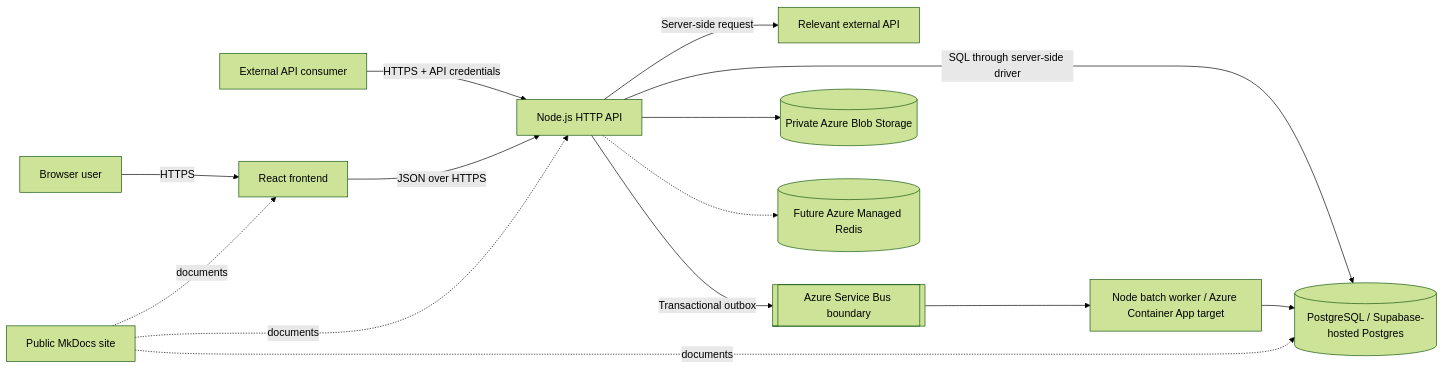
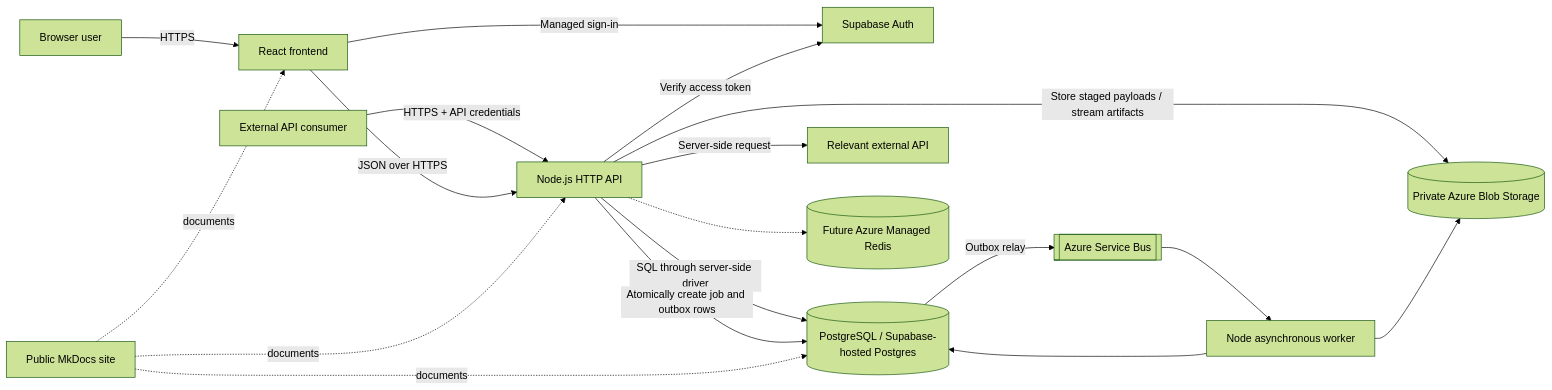
Before and after one commit to NadavSundy/Sport-Analytics-Tool: the diagram in docs/architecture/overview.md, drawn with Mermaid (forest theme). The commit also changed other lines of this file and 4 other files, not shown here.

First line of the commit message:
docs(architecture): reconcile final system documentation

````diff
--- a/docs/architecture/overview.md
+++ b/docs/architecture/overview.md
@@ -9,16 +9,20 @@
 ```mermaid
 flowchart LR
     User[Browser user] -->|HTTPS| Frontend[React frontend]
     Consumer[External API consumer] -->|HTTPS + API credentials| API[Node.js HTTP API]
     Frontend -->|JSON over HTTPS| API
+    Frontend -->|Managed sign-in| Auth[Supabase Auth]
+    API -->|Verify access token| Auth
     API -->|SQL through server-side driver| DB[(PostgreSQL / Supabase-hosted Postgres)]
     API -->|Server-side request| External[Relevant external API]
-    API -->|Transactional outbox| Queue[[Azure Service Bus boundary]]
-    Queue --> Worker[Node batch worker / Azure Container App target]
+    API -->|Store staged payloads / stream artifacts| Files[(Private Azure Blob Storage)]
+    API -->|Atomically create job and outbox rows| DB
+    DB -->|Outbox relay| Queue[[Azure Service Bus]]
+    Queue --> Worker[Node asynchronous worker]
     Worker --> DB
-    API --> Files[(Private Azure Blob Storage)]
+    Worker --> Files
     API -.-> Cache[(Future Azure Managed Redis)]
     Docs[Public MkDocs site] -. documents .-> Frontend
     Docs -. documents .-> API
     Docs -. documents .-> DB
 ```
````
